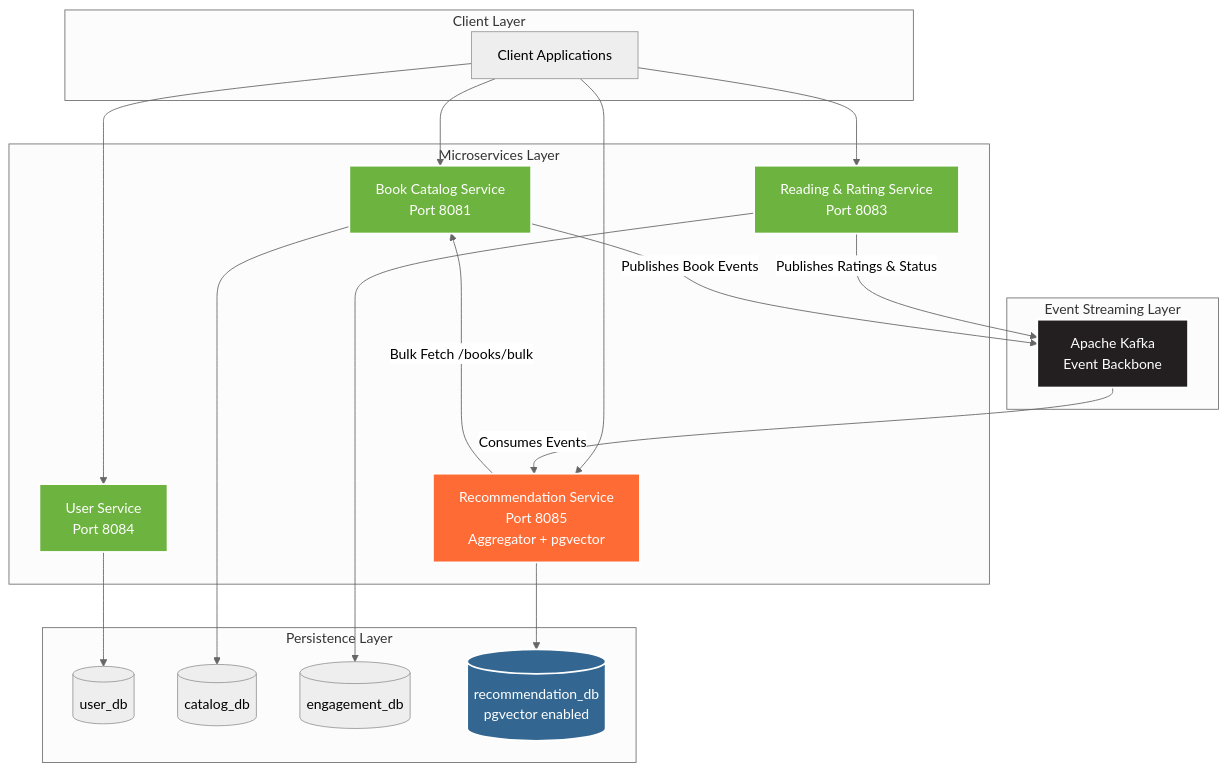
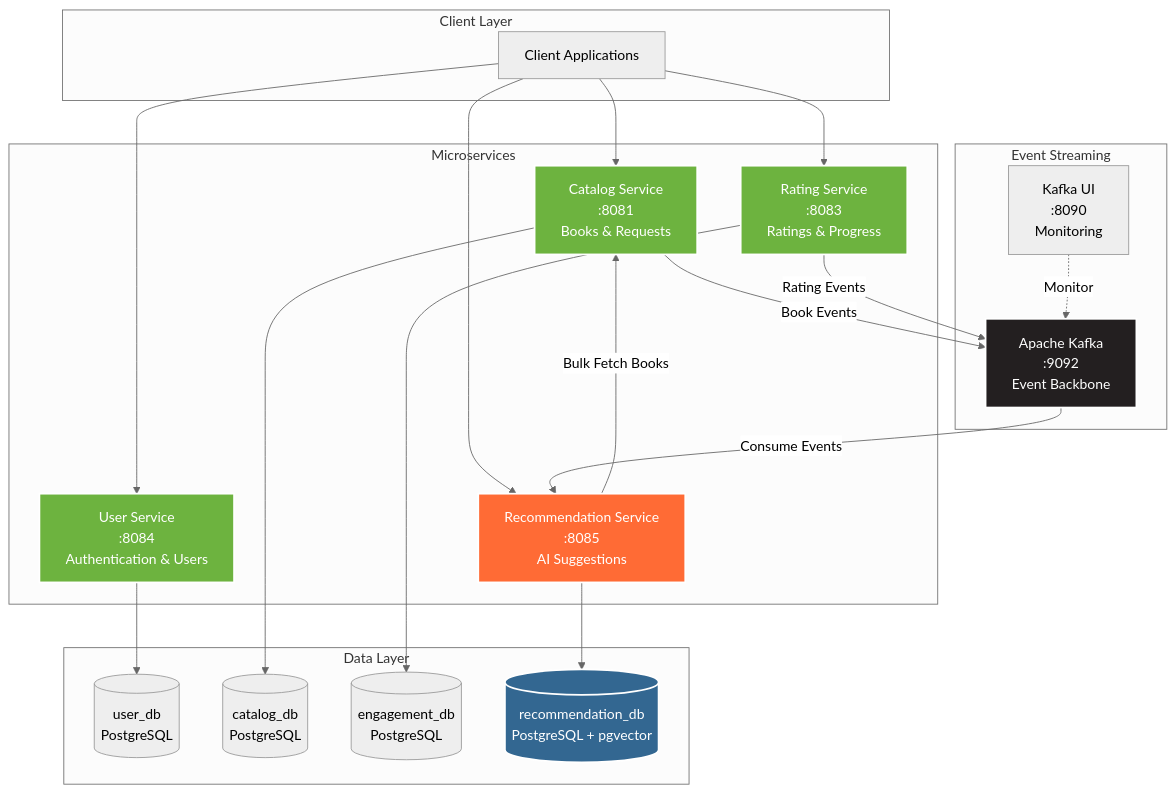
Before and after one commit to Luca5Eckert/VellumHub: the first of 5 diagrams in README.md, drawn with Mermaid (neutral theme). The commit also changed other lines of this file, not shown here.

````diff
--- a/README.md
+++ b/README.md
@@ -65,45 +79,50 @@
 ```mermaid
 graph TB
     subgraph "Client Layer"
         CLIENT[Client Applications]
     end
     
-    subgraph "Microservices Layer"
-        US[User Service<br/>Port 8084]
-        CS[Book Catalog Service<br/>Port 8081]
-        ES[Reading & Rating Service<br/>Port 8083]
-        RS[Recommendation Service<br/>Port 8085<br/>Aggregator + pgvector]
+    subgraph "Microservices"
+        US[User Service<br/>:8084<br/>Authentication & Users]
+        CS[Catalog Service<br/>:8081<br/>Books & Requests]
+        RS[Rating Service<br/>:8083<br/>Ratings & Progress]
+        RCS[Recommendation Service<br/>:8085<br/>AI Suggestions]
     end
     
-    subgraph "Event Streaming Layer"
-        KAFKA[Apache Kafka<br/>Event Backbone]
+    subgraph "Event Streaming"
+        KAFKA[Apache Kafka<br/>:9092<br/>Event Backbone]
+        KUI[Kafka UI<br/>:8090<br/>Monitoring]
     end
     
-    subgraph "Persistence Layer"
-        USER_DB[(user_db)]
-        CATALOG_DB[(catalog_db)]
-        ENGAGEMENT_DB[(engagement_db)]
-        REC_DB[(recommendation_db<br/>pgvector enabled)]
+    subgraph "Data Layer"
+        DB1[(user_db<br/>PostgreSQL)]
+        DB2[(catalog_db<br/>PostgreSQL)]
+        DB3[(engagement_db<br/>PostgreSQL)]
+        DB4[(recommendation_db<br/>PostgreSQL + pgvector)]
     end
     
     CLIENT --> US
     CLIENT --> CS
-    CLIENT --> ES
     CLIENT --> RS
+    CLIENT --> RCS
     
-    US --> USER_DB
-    CS --> CATALOG_DB
-    ES --> ENGAGEMENT_DB
-    ES -->|Publishes Ratings & Status| KAFKA
-    CS -->|Publishes Book Events| KAFKA
-    KAFKA -->|Consumes Events| RS
-    RS --> REC_DB
-    RS -->|Bulk Fetch /books/bulk| CS
+    US --> DB1
+    CS --> DB2
+    RS --> DB3
+    RCS --> DB4
+    
+    CS -->|Book Events| KAFKA
+    RS -->|Rating Events| KAFKA
+    KAFKA -->|Consume Events| RCS
+    
+    RCS -->|Bulk Fetch Books| CS
+    
+    KUI -.Monitor.-> KAFKA
     
     style KAFKA fill:#231F20,stroke:#fff,stroke-width:2px,color:#fff
     style US fill:#6DB33F,stroke:#fff,stroke-width:2px,color:#fff
     style CS fill:#6DB33F,stroke:#fff,stroke-width:2px,color:#fff
-    style ES fill:#6DB33F,stroke:#fff,stroke-width:2px,color:#fff
-    style RS fill:#FF6B35,stroke:#fff,stroke-width:2px,color:#fff
-    style REC_DB fill:#336791,stroke:#fff,stroke-width:2px,color:#fff
+    style RS fill:#6DB33F,stroke:#fff,stroke-width:2px,color:#fff
+    style RCS fill:#FF6B35,stroke:#fff,stroke-width:2px,color:#fff
+    style DB4 fill:#336791,stroke:#fff,stroke-width:2px,color:#fff
 ```
````
